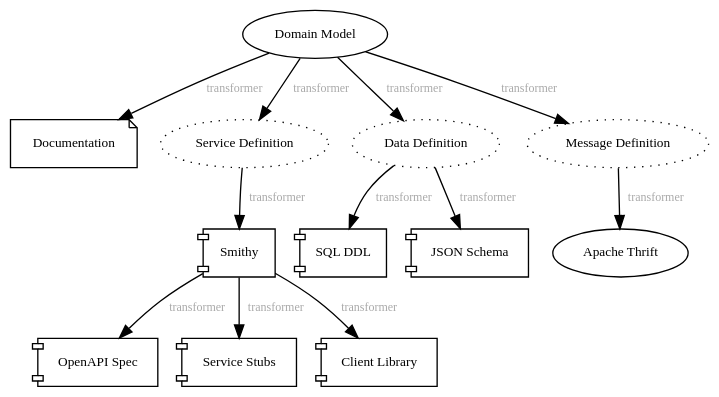
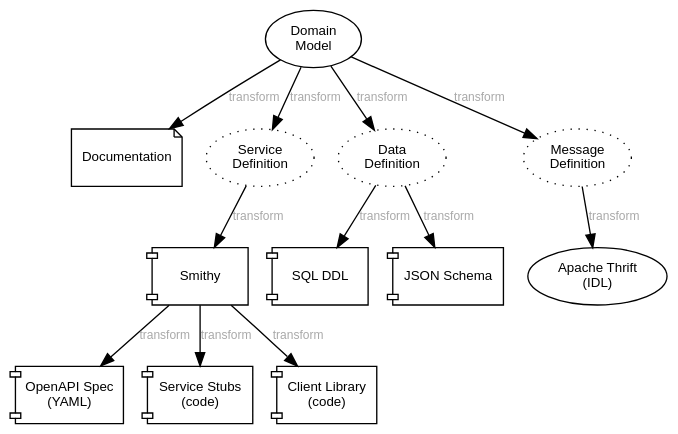
The fourth of 4 diagrams in docs/introduction.org (sdm-lang/tree-sitter-sdml), drawn with Graphviz before and after one commit. The commit also changed other lines of this file and 18 other files, not shown here.

Commit message:
Doc restructure, css update, and png -> svg change

```diff
--- a/docs/introduction.org
+++ b/docs/introduction.org
@@ -88,43 +160,44 @@
-#+BEGIN_SRC dot :file example-transform.png :exports results
+#+BEGIN_SRC dot :file example-transform.svg :exports results
 digraph G {
   bgcolor="transparent";
   rankdir="TD";
-  node [fontsize=10];
-  edge [fontsize=9; fontcolor=darkgrey];
+  fontname="Helvetica,Arial,sans-serif";
+  node [fontname="Helvetica,Arial,sans-serif"; fontsize=10; width=1.0; height=0.6];
+  edge [fontname="Helvetica,Arial,sans-serif"; fontsize=9; fontcolor="darkgrey"];
 
-  domain [shape=ellipse; label="Domain Model"];
+  domain [shape=ellipse; label="Domain\nModel"];
 
   docs [shape=note; label="Documentation"];
-  domain -> docs [label="transformer"];
+  domain -> docs [label="transform"];
 
-  service [shape=ellipse; label="Service Definition"; style=dotted;];
-  domain -> service [label="transformer"];
+  service [shape=ellipse; label="Service\nDefinition"; style=dotted;];
+  domain -> service [label="transform"];
 
   smithy [shape=component; label="Smithy"];
-  service -> smithy [label="transformer"];
+  service -> smithy [label="transform"];
   
-  oas [shape=component; label="OpenAPI Spec"];
-  smithy -> oas [label="transformer"];
+  oas [shape=component; label="OpenAPI Spec\n(YAML)"];
+  smithy -> oas [label="transform"];
 
-  stubs [shape=component; label="Service Stubs"];
-  smithy -> stubs [label="transformer"];
+  stubs [shape=component; label="Service Stubs\n(code)"];
+  smithy -> stubs [label="transform"];
 
-  client [shape=component; label="Client Library"];
-  smithy -> client [label="transformer"];
+  client [shape=component; label="Client Library\n(code)"];
+  smithy -> client [label="transform"];
 
-  data [shape=ellipse; label="Data Definition"; style=dotted;];
-  domain -> data [label="transformer"];
+  data [shape=ellipse; label="Data\nDefinition"; style=dotted;];
+  domain -> data [label="transform"];
 
   dbsql [shape=component; label="SQL DDL"]; 
-  data -> dbsql [label="transformer"];
+  data -> dbsql [label="transform"];
 
   dbjson [shape=component; label="JSON Schema"];
-  data -> dbjson [label="transformer"];
+  data -> dbjson [label="transform"];
   
-  message [shape=ellipse; label="Message Definition"; style=dotted;];
-  domain -> message [label="transformer"];
+  message [shape=ellipse; label="Message\nDefinition"; style=dotted;];
+  domain -> message [label="transform"];
 
-  thrift [shape=ellipse; label="Apache Thrift"];
-  message -> thrift [label="transformer"];
+  thrift [shape=ellipse; label="Apache Thrift\n(IDL)"];
+  message -> thrift [label="transform"];
 }
 #+END_SRC
```
